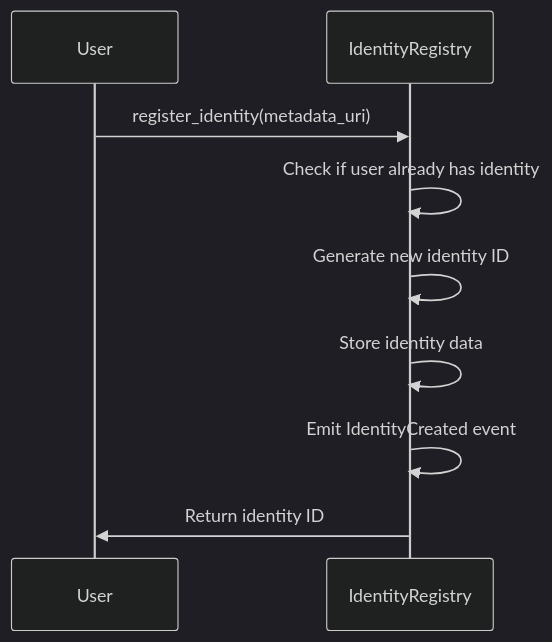
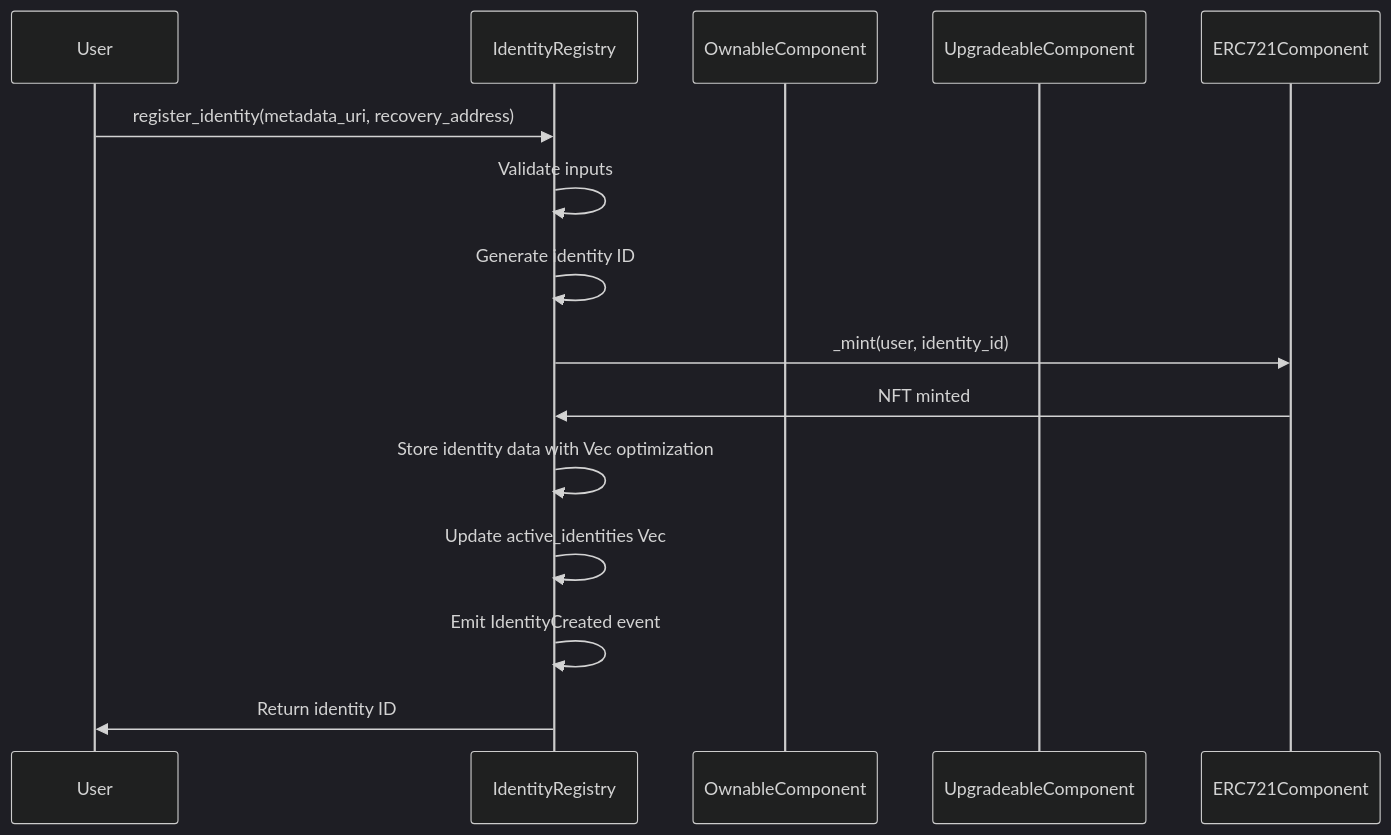
Before and after one commit to Cass402/DiD_repLayer_Starknet: the second of 5 diagrams in docs/technical_deep_dive/smartContractArchitecture.md, drawn with Mermaid (dark theme). The commit also changed other lines of this file, not shown here.

Commit message:
Upgrade Smart Contract Architecture Fixes #3

````diff
--- a/docs/technical_deep_dive/smartContractArchitecture.md
+++ b/docs/technical_deep_dive/smartContractArchitecture.md
@@ -1595,12 +1856,18 @@
 ```mermaid
 sequenceDiagram
     participant User
     participant IdentityRegistry
+    participant OwnableComponent
+    participant UpgradeableComponent
+    participant ERC721Component
 
-    User->>IdentityRegistry: register_identity(metadata_uri)
-    IdentityRegistry->>IdentityRegistry: Check if user already has identity
-    IdentityRegistry->>IdentityRegistry: Generate new identity ID
-    IdentityRegistry->>IdentityRegistry: Store identity data
+    User->>IdentityRegistry: register_identity(metadata_uri, recovery_address)
+    IdentityRegistry->>IdentityRegistry: Validate inputs
+    IdentityRegistry->>IdentityRegistry: Generate identity ID
+    IdentityRegistry->>ERC721Component: _mint(user, identity_id)
+    ERC721Component->>IdentityRegistry: NFT minted
+    IdentityRegistry->>IdentityRegistry: Store identity data with Vec optimization
+    IdentityRegistry->>IdentityRegistry: Update active_identities Vec
     IdentityRegistry->>IdentityRegistry: Emit IdentityCreated event
     IdentityRegistry->>User: Return identity ID
 ```
````
